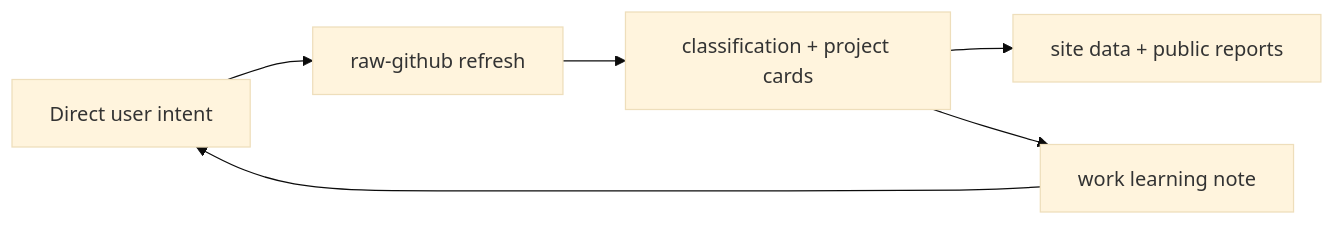
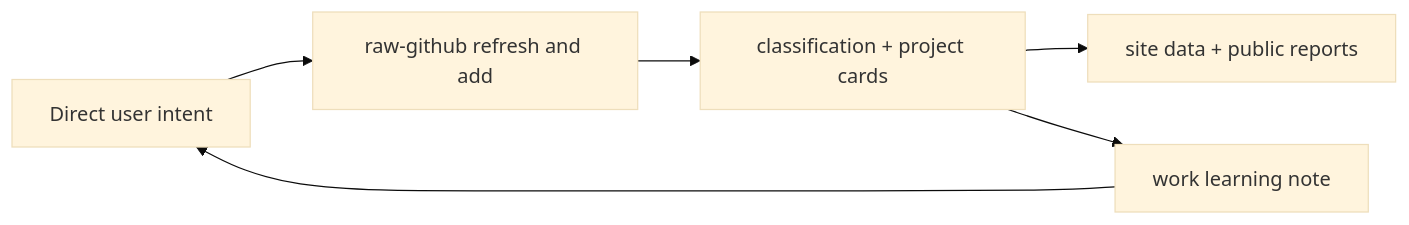
Before and after one commit to Shiyao-Huang/awesome-agent-evolution: the diagram in .mermaid/current/graph.mmd, drawn with Mermaid (base theme). The commit also changed 56 other files, not shown here.

Commit message:
data: refresh hourly public github metadata

```diff
--- a/.mermaid/current/graph.mmd
+++ b/.mermaid/current/graph.mmd
@@ -1,6 +1,6 @@
 flowchart LR
-  INTENT["Direct user intent"] --> RAW["raw-github refresh"]
+  INTENT["Direct user intent"] --> RAW["raw-github refresh and add"]
   RAW --> PROC["classification + project cards"]
   PROC --> SITE["site data + public reports"]
   PROC --> NOTE["work learning note"]
   NOTE --> INTENT
```
